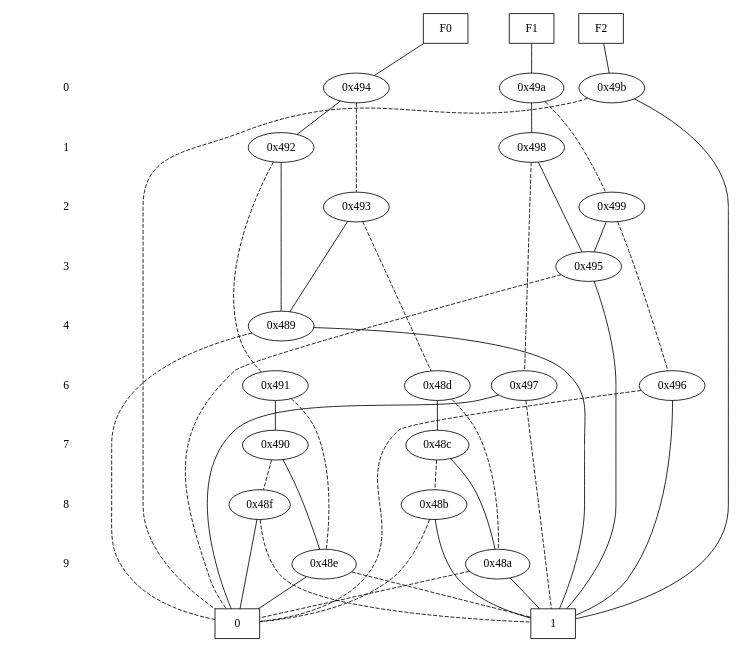
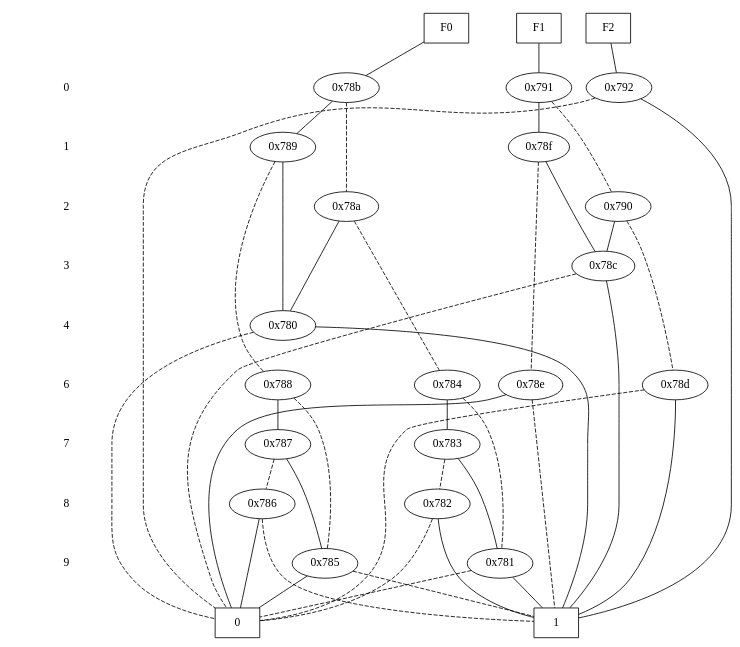
Before and after one commit to Tractables/Dice.jl: the diagram in gaussian_0_2.dot, drawn with Graphviz. The commit also changed 118 other files, not shown here.

```diff
--- a/gaussian_0_2.dot
+++ b/gaussian_0_2.dot
@@ -1,97 +1,97 @@
 digraph "DD" {
 size = "7.5,10"
 center = true;
 edge [dir = none];
 { node [shape = plaintext];
   edge [style = invis];
   "CONST NODES" [style = invis];
 " 0 " -> " 1 " -> " 2 " -> " 3 " -> " 4 " -> " 6 " -> " 7 " -> " 8 " -> " 9 " -> "CONST NODES"; 
 }
 { rank = same; node [shape = box]; edge [style = invis];
 "F0" -> "F1" -> "F2"; }
 { rank = same; " 0 ";
-"0x494";
-"0x49b";
-"0x49a";
+"0x78b";
+"0x792";
+"0x791";
 }
 { rank = same; " 1 ";
-"0x498";
-"0x492";
+"0x78f";
+"0x789";
 }
 { rank = same; " 2 ";
-"0x499";
-"0x493";
+"0x790";
+"0x78a";
 }
 { rank = same; " 3 ";
-"0x495";
+"0x78c";
 }
 { rank = same; " 4 ";
-"0x489";
+"0x780";
 }
 { rank = same; " 6 ";
-"0x497";
-"0x48d";
-"0x491";
-"0x496";
+"0x78e";
+"0x784";
+"0x788";
+"0x78d";
 }
 { rank = same; " 7 ";
-"0x48c";
-"0x490";
+"0x783";
+"0x787";
 }
 { rank = same; " 8 ";
-"0x48f";
-"0x48b";
+"0x786";
+"0x782";
 }
 { rank = same; " 9 ";
-"0x48e";
-"0x48a";
+"0x785";
+"0x781";
 }
 { rank = same; "CONST NODES";
-{ node [shape = box]; "0x46a";
-"0x469";
+{ node [shape = box]; "0x761";
+"0x760";
 }
 }
-"F0" -> "0x494" [style = solid];
-"F1" -> "0x49a" [style = solid];
-"F2" -> "0x49b" [style = solid];
-"0x494" -> "0x492";
-"0x494" -> "0x493" [style = dashed];
-"0x49b" -> "0x469";
-"0x49b" -> "0x46a" [style = dashed];
-"0x49a" -> "0x498";
-"0x49a" -> "0x499" [style = dashed];
-"0x498" -> "0x495";
-"0x498" -> "0x497" [style = dashed];
-"0x492" -> "0x489";
-"0x492" -> "0x491" [style = dashed];
-"0x499" -> "0x495";
-"0x499" -> "0x496" [style = dashed];
-"0x493" -> "0x489";
-"0x493" -> "0x48d" [style = dashed];
-"0x495" -> "0x469";
-"0x495" -> "0x46a" [style = dashed];
-"0x489" -> "0x469";
-"0x489" -> "0x46a" [style = dashed];
-"0x497" -> "0x46a";
-"0x497" -> "0x469" [style = dashed];
-"0x48d" -> "0x48c";
-"0x48d" -> "0x48a" [style = dashed];
-"0x491" -> "0x490";
-"0x491" -> "0x48e" [style = dashed];
-"0x496" -> "0x469";
-"0x496" -> "0x46a" [style = dashed];
-"0x48c" -> "0x48a";
-"0x48c" -> "0x48b" [style = dashed];
-"0x490" -> "0x48e";
-"0x490" -> "0x48f" [style = dashed];
-"0x48f" -> "0x46a";
-"0x48f" -> "0x469" [style = dashed];
-"0x48b" -> "0x469";
-"0x48b" -> "0x46a" [style = dashed];
-"0x48e" -> "0x46a";
-"0x48e" -> "0x469" [style = dashed];
-"0x48a" -> "0x469";
-"0x48a" -> "0x46a" [style = dashed];
-"0x46a" [label = "0"];
-"0x469" [label = "1"];
+"F0" -> "0x78b" [style = solid];
+"F1" -> "0x791" [style = solid];
+"F2" -> "0x792" [style = solid];
+"0x78b" -> "0x789";
+"0x78b" -> "0x78a" [style = dashed];
+"0x792" -> "0x760";
+"0x792" -> "0x761" [style = dashed];
+"0x791" -> "0x78f";
+"0x791" -> "0x790" [style = dashed];
+"0x78f" -> "0x78c";
+"0x78f" -> "0x78e" [style = dashed];
+"0x789" -> "0x780";
+"0x789" -> "0x788" [style = dashed];
+"0x790" -> "0x78c";
+"0x790" -> "0x78d" [style = dashed];
+"0x78a" -> "0x780";
+"0x78a" -> "0x784" [style = dashed];
+"0x78c" -> "0x760";
+"0x78c" -> "0x761" [style = dashed];
+"0x780" -> "0x760";
+"0x780" -> "0x761" [style = dashed];
+"0x78e" -> "0x761";
+"0x78e" -> "0x760" [style = dashed];
+"0x784" -> "0x783";
+"0x784" -> "0x781" [style = dashed];
+"0x788" -> "0x787";
+"0x788" -> "0x785" [style = dashed];
+"0x78d" -> "0x760";
+"0x78d" -> "0x761" [style = dashed];
+"0x783" -> "0x781";
+"0x783" -> "0x782" [style = dashed];
+"0x787" -> "0x785";
+"0x787" -> "0x786" [style = dashed];
+"0x786" -> "0x761";
+"0x786" -> "0x760" [style = dashed];
+"0x782" -> "0x760";
+"0x782" -> "0x761" [style = dashed];
+"0x785" -> "0x761";
+"0x785" -> "0x760" [style = dashed];
+"0x781" -> "0x760";
+"0x781" -> "0x761" [style = dashed];
+"0x761" [label = "0"];
+"0x760" [label = "1"];
 }
```
